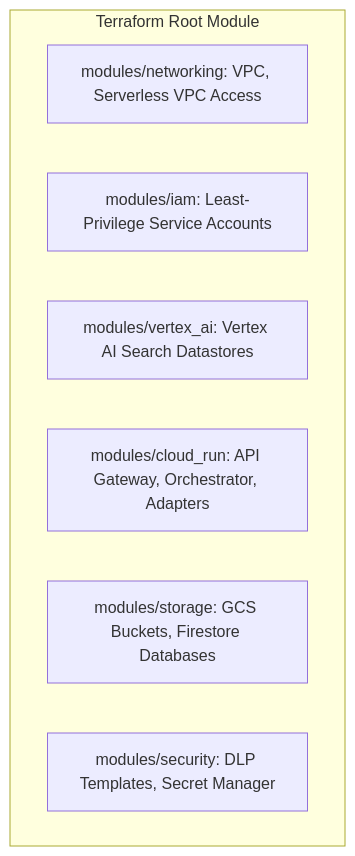
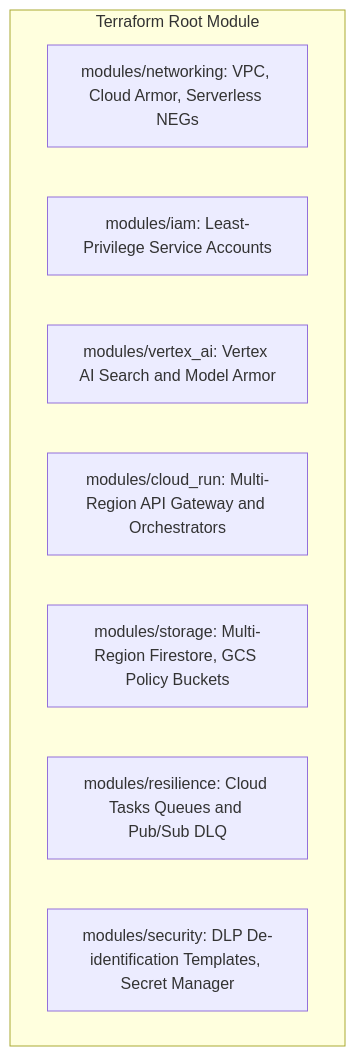
One commit to randyh0329/PRJ-ELEVATE-C1-G5 changed diagram 12 of 13 in Enterprise Agentic Solution Design Document - MVP 1.md. Above: the diagram before and after it, drawn with Mermaid. The commit also changed other lines of this file, not shown here.

````diff
--- a/Enterprise Agentic Solution Design Document - MVP 1.md
+++ b/Enterprise Agentic Solution Design Document - MVP 1.md
@@ -470,11 +545,12 @@
 ```mermaid
 graph TD
     subgraph TF["Terraform Root Module"]
-        M1["modules/networking: VPC, Serverless VPC Access"]
+        M1["modules/networking: VPC, Cloud Armor, Serverless NEGs"]
         M2["modules/iam: Least-Privilege Service Accounts"]
-        M3["modules/vertex_ai: Vertex AI Search Datastores"]
-        M4["modules/cloud_run: API Gateway, Orchestrator, Adapters"]
-        M5["modules/storage: GCS Buckets, Firestore Databases"]
-        M6["modules/security: DLP Templates, Secret Manager"]
+        M3["modules/vertex_ai: Vertex AI Search and Model Armor"]
+        M4["modules/cloud_run: Multi-Region API Gateway and Orchestrators"]
+        M5["modules/storage: Multi-Region Firestore, GCS Policy Buckets"]
+        M6["modules/resilience: Cloud Tasks Queues and Pub/Sub DLQ"]
+        M7["modules/security: DLP De-identification Templates, Secret Manager"]
     end
 ```
````
